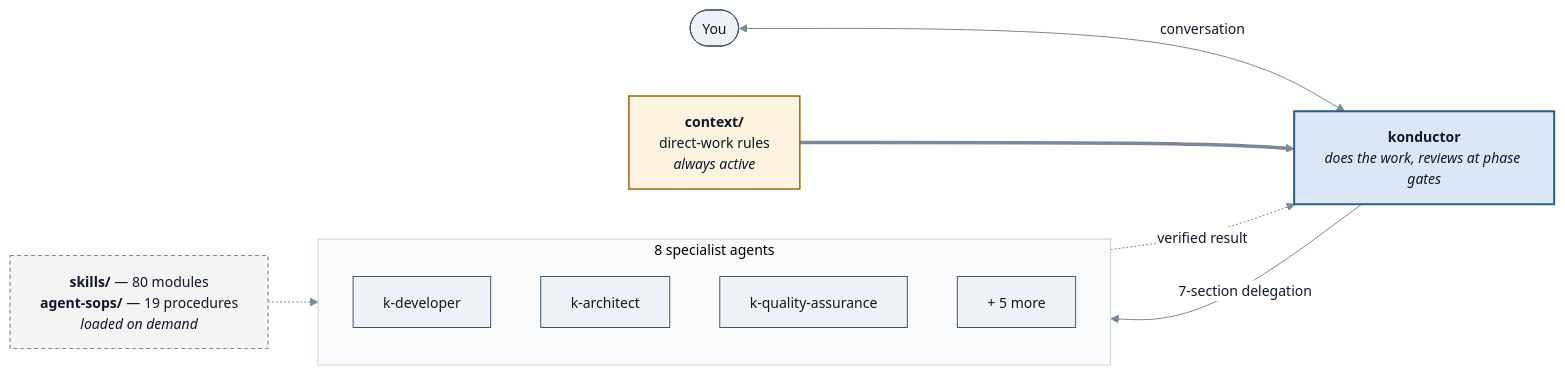
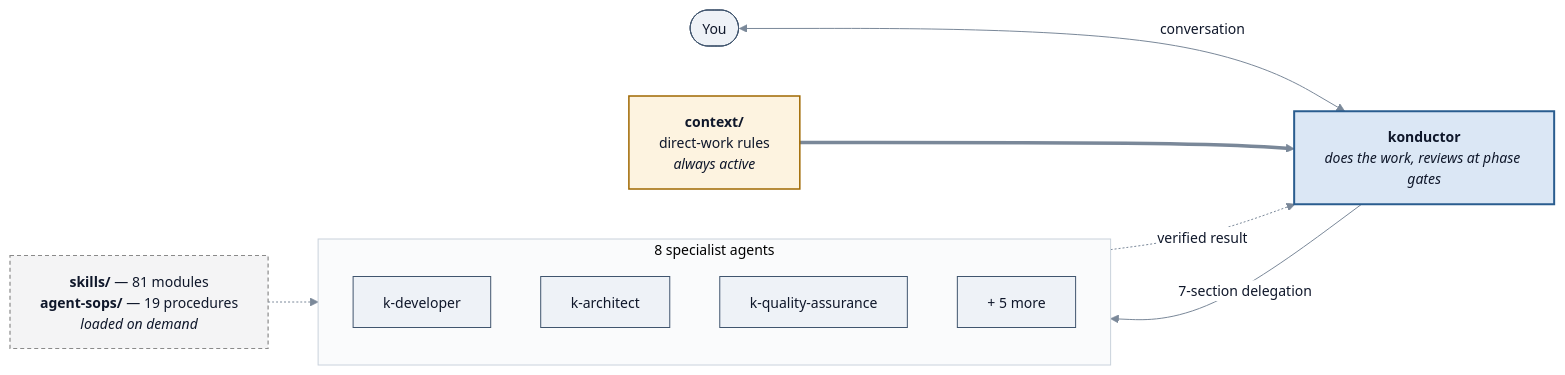
The diagram in docs/user-guide/concepts.md (aws-solutions/konductor), drawn with Mermaid before and after one commit. The commit also changed other lines of this file and 29 other files, not shown here.

````diff
--- a/docs/user-guide/concepts.md
+++ b/docs/user-guide/concepts.md
@@ -251,25 +251,25 @@
 ```mermaid
 %%{init:{'theme':'base','themeVariables':{'fontSize':'14px','primaryColor':'#eef2f7','primaryTextColor':'#0f172a','primaryBorderColor':'#40556e','lineColor':'#7a8899','textColor':'#0f172a','edgeLabelBackground':'#ffffff','clusterBkg':'#fafbfc','clusterBorder':'#c9d2dc'}}}%%
 flowchart LR
     User(["You"])
     Ctx["<b>context/</b><br/>direct-work rules<br/><i>always active</i>"]:::gate
     Orch["<b>konductor</b><br/><i>does the work, reviews at phase gates</i>"]:::focus
-    Store["<b>skills/</b> — 80 modules<br/><b>agent-sops/</b> — 19 procedures<br/><i>loaded on demand</i>"]:::muted
+    Store["<b>skills/</b> — 81 modules<br/><b>agent-sops/</b> — 19 procedures<br/><i>loaded on demand</i>"]:::muted
 
     subgraph Specialists["8 specialist agents"]
         Dev["k-developer"]
         Arch["k-architect"]
         QA["k-quality-assurance"]
         Other["+ 5 more"]
     end
 
     User <-->|"conversation"| Orch
     Ctx ==> Orch
     Orch -->|"7-section delegation"| Specialists
     Specialists -.->|"verified result"| Orch
     Store -.-> Specialists
 
     classDef focus fill:#dbe7f5,stroke:#2a5d8f,stroke-width:2px,color:#0f172a;
     classDef gate fill:#fdf3e0,stroke:#a06800,stroke-width:1.5px,color:#0f172a;
     classDef muted fill:#f4f4f5,stroke:#8a8a8a,stroke-width:1.2px,color:#0f172a,stroke-dasharray:4 3;
 ```
````
